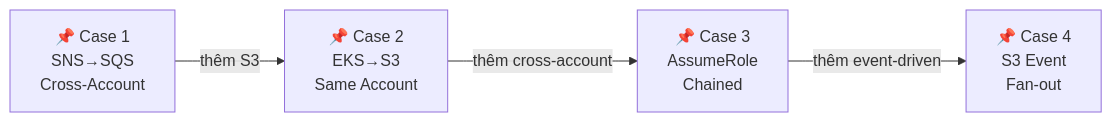
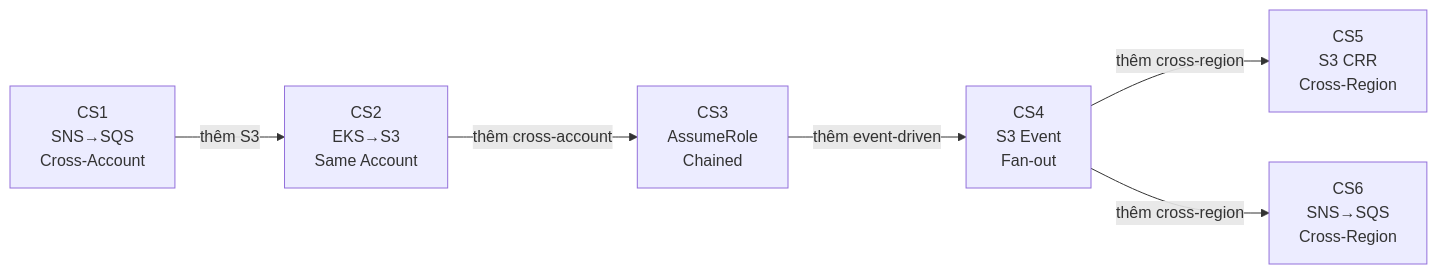
Before and after one commit to duynhlab/tf-ministack-local: the diagram in iam/README.md, drawn with Mermaid. The commit also changed other lines of this file and 17 other files, not shown here.

First line of the commit message:
Add cross-region case studies and per-folder docs

````diff
--- a/iam/README.md
+++ b/iam/README.md
@@ -22,11 +24,15 @@
 ```mermaid
 flowchart LR
-  CS1["📌 Case 1\nSNS→SQS\nCross-Account"]
-  CS2["📌 Case 2\nEKS→S3\nSame Account"]
-  CS3["📌 Case 3\nAssumeRole\nChained"]
-  CS4["📌 Case 4\nS3 Event\nFan-out"]
+  CS1["CS1\nSNS→SQS\nCross-Account"]
+  CS2["CS2\nEKS→S3\nSame Account"]
+  CS3["CS3\nAssumeRole\nChained"]
+  CS4["CS4\nS3 Event\nFan-out"]
+  CS5["CS5\nS3 CRR\nCross-Region"]
+  CS6["CS6\nSNS→SQS\nCross-Region"]
 
   CS1 -->|"thêm S3"| CS2
   CS2 -->|"thêm cross-account"| CS3
   CS3 -->|"thêm event-driven"| CS4
+  CS4 -->|"thêm cross-region"| CS5
+  CS4 -->|"thêm cross-region"| CS6
 ```
````
